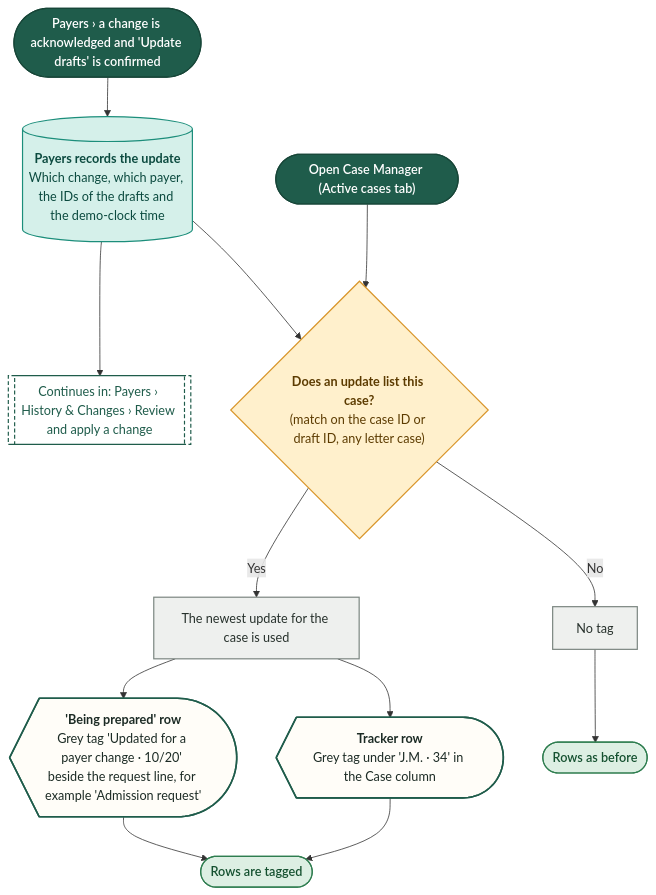
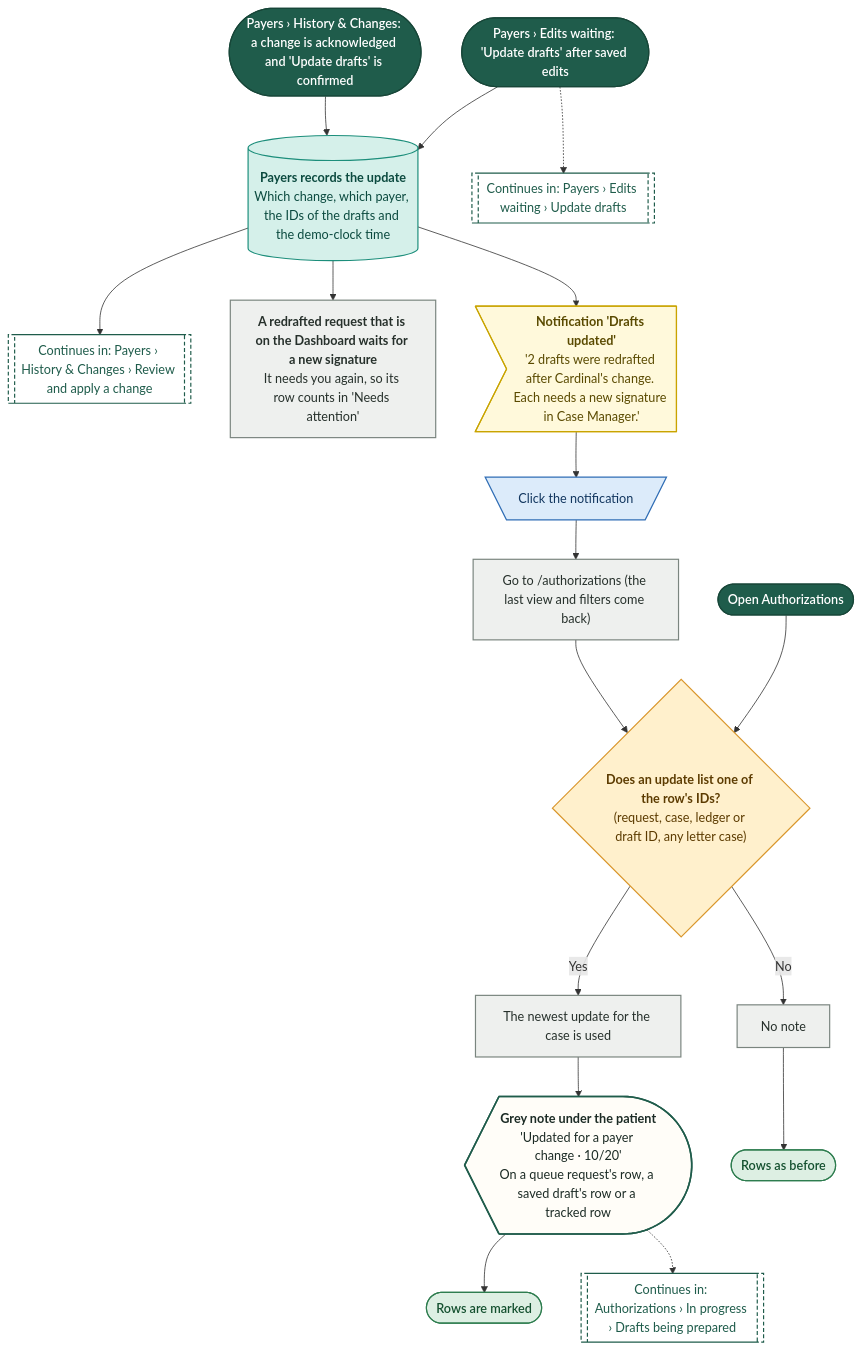
One commit to Shrav143/psyfloapp changed the fifth of 20 diagrams in demos/prior-auth-demo/workflows/out/md/07-case-manager.md. Above: the diagram before and after it, drawn with Mermaid. The commit also changed other lines of this file and 113 other files, not shown here.

First line of the commit message:
docs: workflow diagrams for the merged Authorizations (worklist, approved, reviews and tracked cases, sidebar arrow), every link retargeted, 336 diagrams

````diff
--- a/demos/prior-auth-demo/workflows/out/md/07-case-manager.md
+++ b/demos/prior-auth-demo/workflows/out/md/07-case-manager.md
@@ -475,45 +338,55 @@
 ```mermaid
 %%{init: {"theme":"base","themeVariables":{"fontFamily":"'DM Sans', 'Segoe UI', system-ui, sans-serif","fontSize":"15px","lineColor":"#5B6B63","primaryTextColor":"#1C2B25","clusterBkg":"#FBF8F3","clusterBorder":"#D9CDBB","edgeLabelBackground":"#FFFFFF"},"flowchart":{"curve":"basis","nodeSpacing":36,"rankSpacing":48,"padding":12,"htmlLabels":true,"useMaxWidth":false,"wrappingWidth":230}} }%%
 flowchart TD
   classDef k_start fill:#1F5C4B,stroke:#174638,color:#FFFFFF,stroke-width:1.5px,font-weight:600
   classDef k_end fill:#DDEFE3,stroke:#2E7D4F,color:#14502F,stroke-width:1.5px,font-weight:600
   classDef k_endx fill:#FBE3E0,stroke:#C0392B,color:#7A1F16,stroke-width:1.5px,font-weight:600
   classDef k_screen fill:#FFFDF8,stroke:#1F5C4B,color:#1C2B25,stroke-width:2px
   classDef k_overlay fill:#F1F7F3,stroke:#1F5C4B,color:#1C2B25,stroke-width:2px,stroke-dasharray:5 3
   classDef k_click fill:#DCEBFA,stroke:#2F6DB5,color:#12365F,stroke-width:1.5px
   classDef k_input fill:#E4E7FF,stroke:#4C5FD5,color:#1D2670,stroke-width:1.5px
   classDef k_process fill:#EEF0EE,stroke:#7A857F,color:#26302B,stroke-width:1.5px
   classDef k_agent fill:#EEE5FA,stroke:#7A4FC2,color:#341A63,stroke-width:1.5px
   classDef k_decision fill:#FFF0CC,stroke:#D9962B,color:#5C3B00,stroke-width:1.5px
   classDef k_store fill:#D5F0EA,stroke:#1C8E7B,color:#0B4A3F,stroke-width:1.5px
   classDef k_doc fill:#F6E9DC,stroke:#B07A4C,color:#4A2E14,stroke-width:1.5px
   classDef k_ext fill:#FFE6D2,stroke:#E07B39,color:#6B2F06,stroke-width:1.5px
   classDef k_wait fill:#E4E8EE,stroke:#6B7C93,color:#26303D,stroke-width:1.5px
   classDef k_toast fill:#FFF9DB,stroke:#C9A400,color:#5A4A00,stroke-width:1.5px
   classDef k_goto fill:#FFFFFF,stroke:#1F5C4B,color:#1F5C4B,stroke-width:1.5px,stroke-dasharray:5 3
-  s1@{ shape: stadium, label: "Payers › a change is acknowledged and 'Update drafts' is confirmed" }
+  s1@{ shape: stadium, label: "Payers › History & Changes: a change is acknowledged and 'Update drafts' is confirmed" }
+  s0@{ shape: stadium, label: "Payers › Edits waiting: 'Update drafts' after saved edits" }
   st1@{ shape: cyl, label: "<b>Payers records the update</b><br/>Which change, which payer, the IDs of the drafts and the demo-clock time" }
   g1@{ shape: subproc, label: "Continues in: Payers › History & Changes › Review and apply a change" }
-  s2@{ shape: stadium, label: "Open Case Manager (Active cases tab)" }
-  d1@{ shape: diam, label: "<b>Does an update list this case?</b><br/>(match on the case ID or draft ID, any letter case)" }
+  g0@{ shape: subproc, label: "Continues in: Payers › Edits waiting › Update drafts" }
+  pd@{ shape: rect, label: "<b>A redrafted request that is on the Dashboard waits for a new signature</b><br/>It needs you again, so its row counts in 'Needs attention'" }
+  nt@{ shape: odd, label: "<b>Notification 'Drafts updated'</b><br/>'2 drafts were redrafted after Cardinal's change. Each needs a new signature in Case Manager.'" }
+  cn@{ shape: trap-t, label: "Click the notification" }
+  pn@{ shape: rect, label: "Go to /authorizations (the last view and filters come back)" }
+  s2@{ shape: stadium, label: "Open Authorizations" }
+  d1@{ shape: diam, label: "<b>Does an update list one of the row's IDs?</b><br/>(request, case, ledger or draft ID, any letter case)" }
   p1@{ shape: rect, label: "The newest update for the case is used" }
-  t1@{ shape: curv-trap, label: "<b>'Being prepared' row</b><br/>Grey tag 'Updated for a payer change · 10/20' beside the request line, for example 'Admission request'" }
-  t2@{ shape: curv-trap, label: "<b>Tracker row</b><br/>Grey tag under 'J.M. · 34' in the Case column" }
-  n1@{ shape: rect, label: "No tag" }
-  e1@{ shape: stadium, label: "Rows are tagged" }
+  t1@{ shape: curv-trap, label: "<b>Grey note under the patient</b><br/>'Updated for a payer change · 10/20'<br/>On a queue request's row, a saved draft's row or a tracked row" }
+  n1@{ shape: rect, label: "No note" }
+  g2@{ shape: subproc, label: "Continues in: Authorizations › In progress › Drafts being prepared" }
+  e1@{ shape: stadium, label: "Rows are marked" }
   e2@{ shape: stadium, label: "Rows as before" }
   s1 --> st1 --> g1
-  st1 --> d1
+  s0 --> st1
+  s0 -.-> g0
+  st1 --> pd
+  st1 --> nt --> cn --> pn --> d1
   s2 --> d1
-  d1 -->|"Yes"| p1 --> t1 & t2
-  t1 --> e1
-  t2 --> e1
+  d1 -->|"Yes"| p1 --> t1 --> e1
+  t1 -.-> g2
   d1 -->|"No"| n1 --> e2
-  class s1,s2 k_start
+  class s1,s0,s2 k_start
   class st1 k_store
-  class g1 k_goto
+  class g1,g0,g2 k_goto
+  class pd,pn,p1,n1 k_process
+  class nt k_toast
+  class cn k_click
   class d1 k_decision
-  class p1,n1 k_process
-  class t1,t2 k_screen
+  class t1 k_screen
   class e1,e2 k_end
 ```
````
